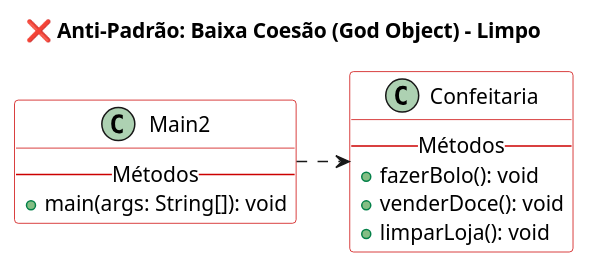
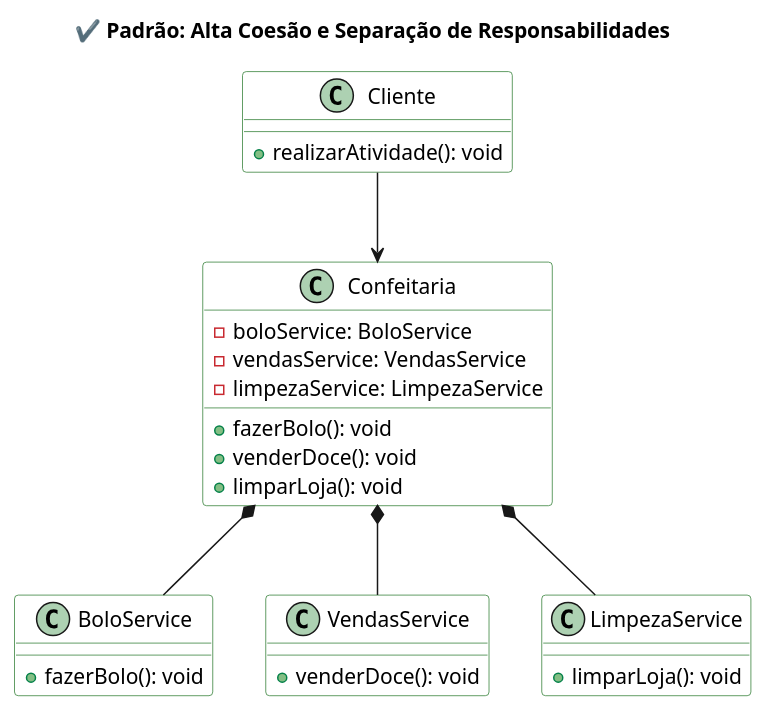
One commit to thiagosabreu/bertoti changed the diagram in Padrões de Projeto/Estratégia/padrão/estrategia_padrao.puml. Above: the diagram before and after it, drawn with PlantUML. The commit also changed 5 other files, not shown here.

```diff
--- a/Padrões de Projeto/Estratégia/padrão/estrategia_padrao.puml
+++ b/Padrões de Projeto/Estratégia/padrão/estrategia_padrao.puml
@@ -1,31 +1,51 @@
 @startuml
-title ❌ Anti-Padrão: Baixa Coesão (God Object) - Limpo
+title ✔️ Padrão: Alta Coesão e Separação de Responsabilidades
 
 ' Configuração de estilo
 skinparam class {
-  BorderColor #cc0000
+  BorderColor #2e7d32
   BackgroundColor white
   AttributeFontColor black
 }
 skinparam backgroundcolor white
 
-' A classe com muitas responsabilidades (Baixa Coesão)
+' Serviços com responsabilidades coesas
+class BoloService {
+  + fazerBolo(): void
+}
+
+class VendasService {
+  + venderDoce(): void
+}
+
+class LimpezaService {
+  + limparLoja(): void
+}
+
+' Classe que orquestra (Alta Coesão + Delegação)
 class Confeitaria {
-  -- Métodos --
+  - boloService: BoloService
+  - vendasService: VendasService
+  - limpezaService: LimpezaService
+
   + fazerBolo(): void
   + venderDoce(): void
   + limparLoja(): void
 }
 
-' Cliente (Usa diretamente a classe inchada)
-class Main2 {
-    -- Métodos --
-    + main(args: String[]): void
+' Cliente
+class Cliente {
+  + realizarAtividade(): void
 }
 
-' RELAÇÃO:
+' RELAÇÕES:
 
-' Dependência/Uso (Main2 usa a Confeitaria) - Linha tracejada com seta aberta
-Main2 .right.> Confeitaria
+' Composição (Confeitaria depende dos serviços — ciclo de vida compartilhado)
+Confeitaria *-- BoloService
+Confeitaria *-- VendasService
+Confeitaria *-- LimpezaService
+
+' Cliente usa Confeitaria
+Cliente --> Confeitaria
 
 @enduml
```
